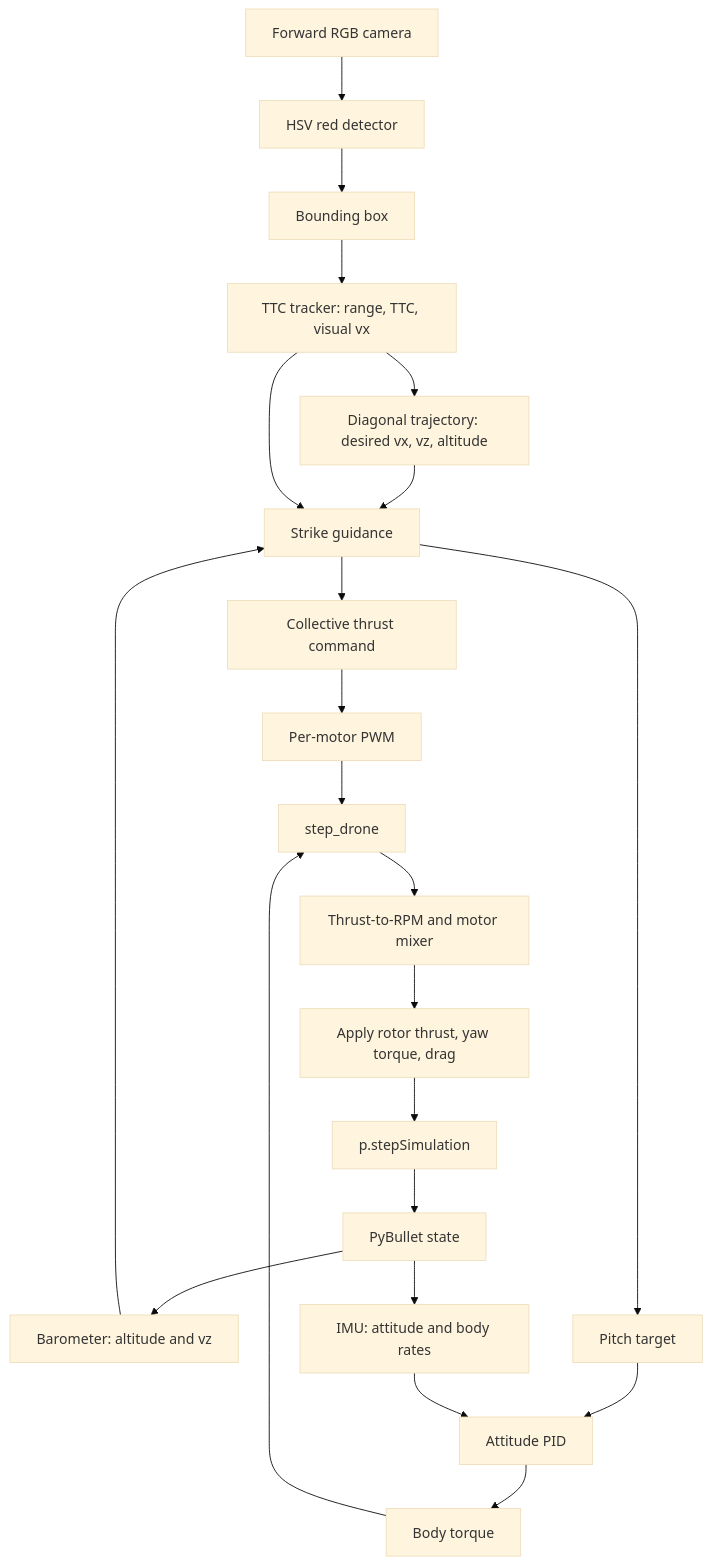
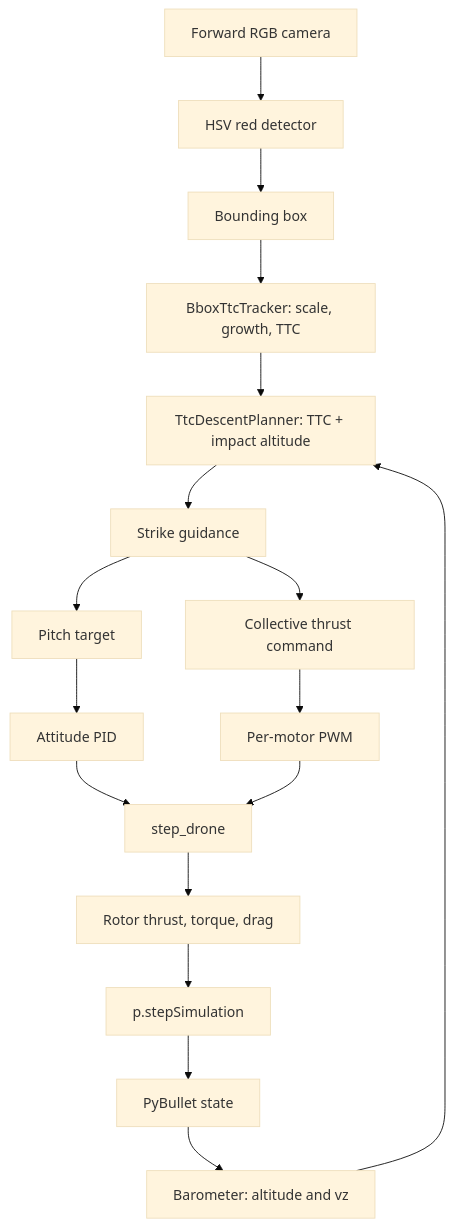
The diagram in design/ttc_bbox_diagonal_strike.md (amire2000/drone-physics-and-simulation-course), drawn with Mermaid (base theme) before and after one commit. The commit also changed other lines of this file and 10 other files, not shown here.

````diff
--- a/design/ttc_bbox_diagonal_strike.md
+++ b/design/ttc_bbox_diagonal_strike.md
@@ -44,24 +31,19 @@
 ```mermaid
 flowchart TD
     camera[Forward RGB camera] --> hsv[HSV red detector]
     hsv --> bbox[Bounding box]
-    bbox --> ttc[TTC tracker: range, TTC, visual vx]
-    ttc --> path[Diagonal trajectory: desired vx, vz, altitude]
+    bbox --> ttc[BboxTtcTracker: scale, growth, TTC]
     physics[PyBullet state] --> barometer[Barometer: altitude and vz]
-    physics --> imu[IMU: attitude and body rates]
-    path --> guidance[Strike guidance]
-    ttc --> guidance
-    barometer --> guidance
+    ttc --> planner[TtcDescentPlanner: TTC + impact altitude]
+    barometer --> planner
+    planner --> guidance[Strike guidance]
     guidance --> collective[Collective thrust command]
     guidance --> pitch[Pitch target]
     pitch --> attitude[Attitude PID]
-    imu --> attitude
-    attitude --> torque[Body torque]
     collective --> pwm[Per-motor PWM]
-    pwm --> step[step_drone]
-    torque --> step
-    step --> mixer[Thrust-to-RPM and motor mixer]
-    mixer --> forces[Apply rotor thrust, yaw torque, drag]
+    attitude --> step[step_drone]
+    pwm --> step
+    step --> forces[Rotor thrust, torque, drag]
     forces --> next[p.stepSimulation]
     next --> physics
 ```
````
